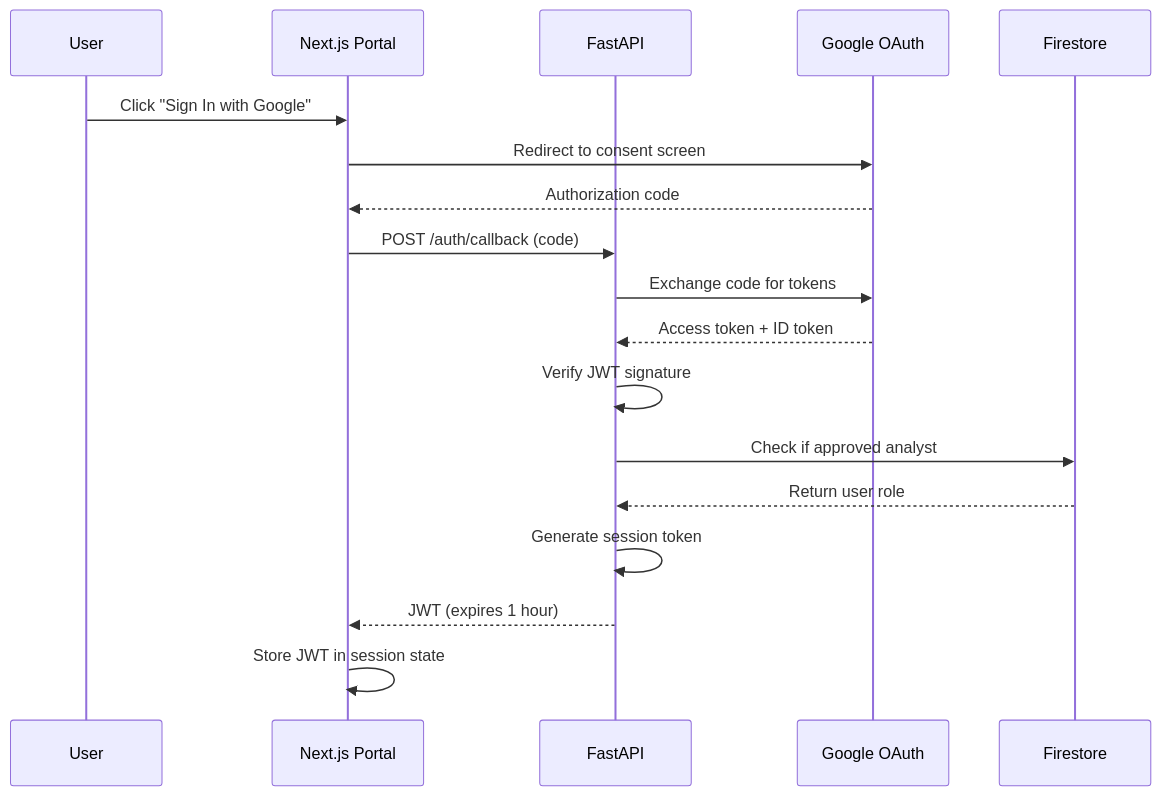
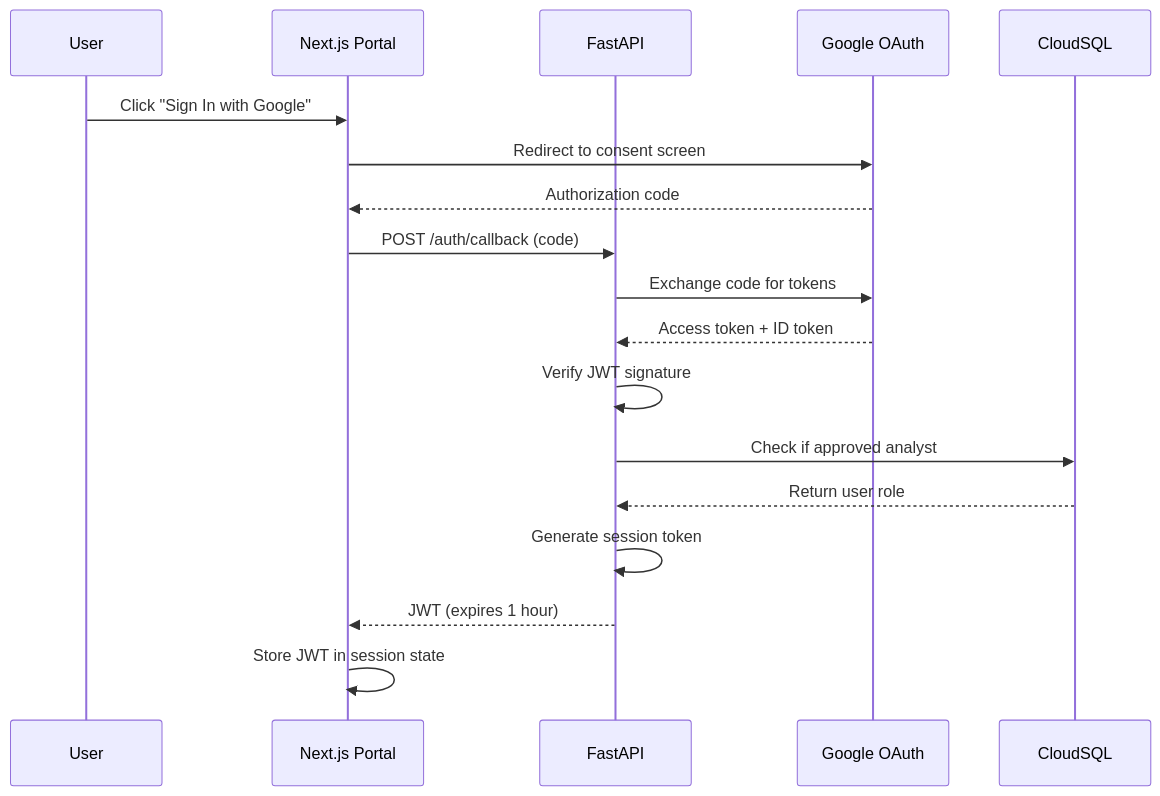
Before and after one commit to intelligenceforgood/core: the diagram in docs/development/tdd.md, drawn with Mermaid. The commit also changed other lines of this file and 27 other files, not shown here.

Commit message:
Removed all reference to Firestore as we have replaced it with SQLite (local) and PostgreSQL (dev/prod)

````diff
--- a/docs/development/tdd.md
+++ b/docs/development/tdd.md
@@ -327,20 +326,20 @@
 ```mermaid
 sequenceDiagram
     participant U as User
   participant Portal as Next.js Portal
     participant API as FastAPI
     participant Google as Google OAuth
 
   U->>Portal: Click "Sign In with Google"
   Portal->>Google: Redirect to consent screen
   Google-->>Portal: Authorization code
   Portal->>API: POST /auth/callback (code)
     API->>Google: Exchange code for tokens
     Google-->>API: Access token + ID token
     API->>API: Verify JWT signature
-    API->>Firestore: Check if approved analyst
-    Firestore-->>API: Return user role
+    API->>CloudSQL: Check if approved analyst
+    CloudSQL-->>API: Return user role
     API->>API: Generate session token
   API-->>Portal: JWT (expires 1 hour)
   Portal->>Portal: Store JWT in session state
 ```
````
